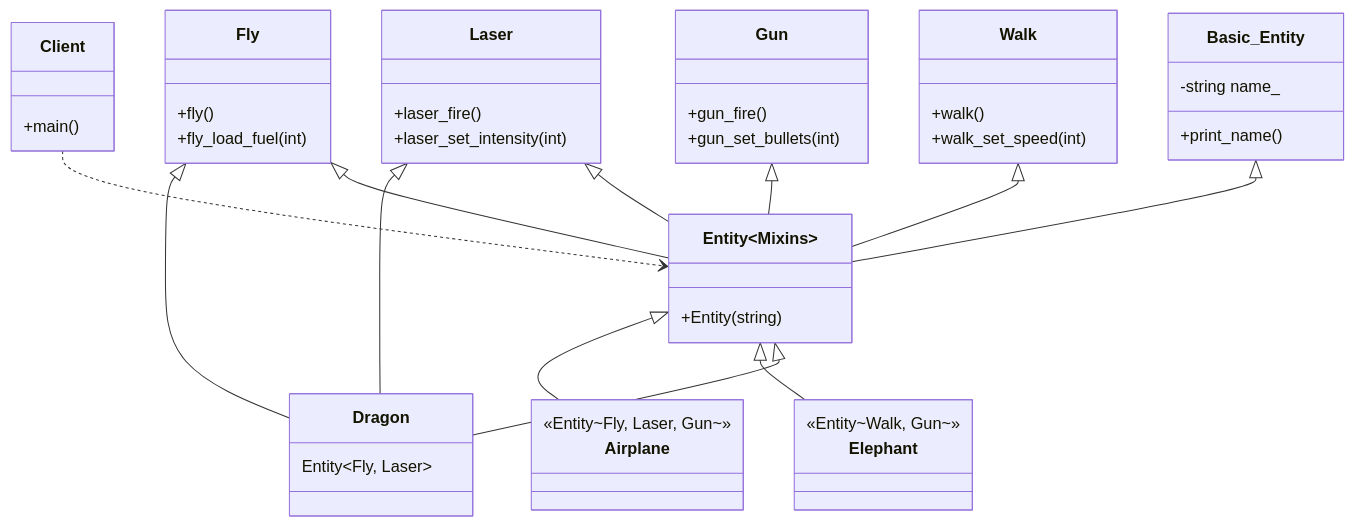
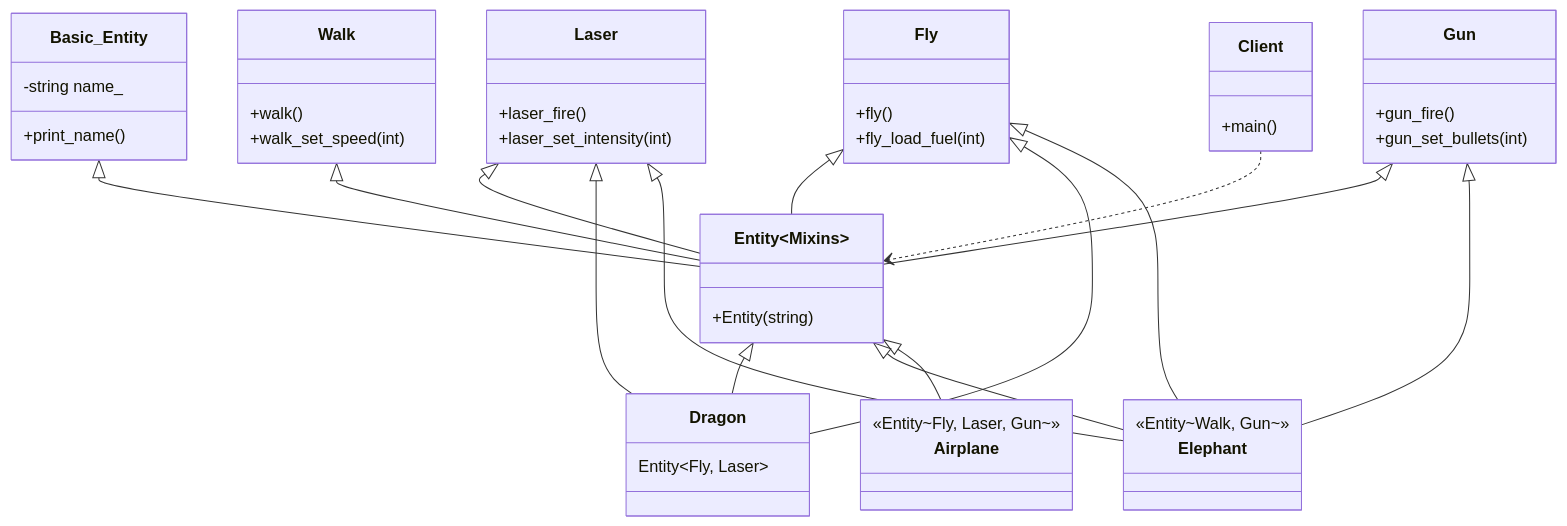
One commit to Cichlidfishexigency721/Modern-CPP-Design-Patterns changed the diagram in 15_Mixin/01_Simple/diagram.md. Above: the diagram before and after it, drawn with Mermaid.

Commit message:
UML improvement

````diff
--- a/15_Mixin/01_Simple/diagram.md
+++ b/15_Mixin/01_Simple/diagram.md
@@ -3,58 +3,61 @@
 ```mermaid
 classDiagram
    class Basic_Entity {
       -string name_
       +print_name()
    }
 
    class Laser {
       +laser_fire()
       +laser_set_intensity(int)
    }
 
    class Walk {
       +walk()
       +walk_set_speed(int)
    }
 
    class Gun {
       +gun_fire()
       +gun_set_bullets(int)
    }
 
    class Fly {
       +fly()
       +fly_load_fuel(int)
    }
 
    class Entity~Mixins~ {
       +Entity(string)
    }
 
    class Client {
       +main()
    }
 
    %% Specific Entities defined by type aliases in the code
    class Dragon { Entity~Fly, Laser~ }
    class Elephant { <<Entity~Walk, Gun~>> }
    class Airplane { <<Entity~Fly, Laser, Gun~>> }
 
    %% Multiple Inheritance (Horizontal Composition)
    %% Inheritance arrows do not use multiplicity numbers
    Basic_Entity <|-- Entity~Mixins~
    Laser <|-- Entity~Mixins~
    Walk <|-- Entity~Mixins~
    Gun <|-- Entity~Mixins~
    Fly <|-- Entity~Mixins~
 
    %% Relationships for specific types
    Entity~Mixins~ <|-- Dragon
    Fly <|-- Dragon
    Laser <|-- Dragon
    Entity~Mixins~ <|-- Elephant
+   Fly <|-- Elephant
+   Laser <|-- Elephant
+   Gun <|-- Elephant
    Entity~Mixins~ <|-- Airplane
 
    %% Dependency - No numbers
    Client ..> Entity~Mixins~
 ```
````
